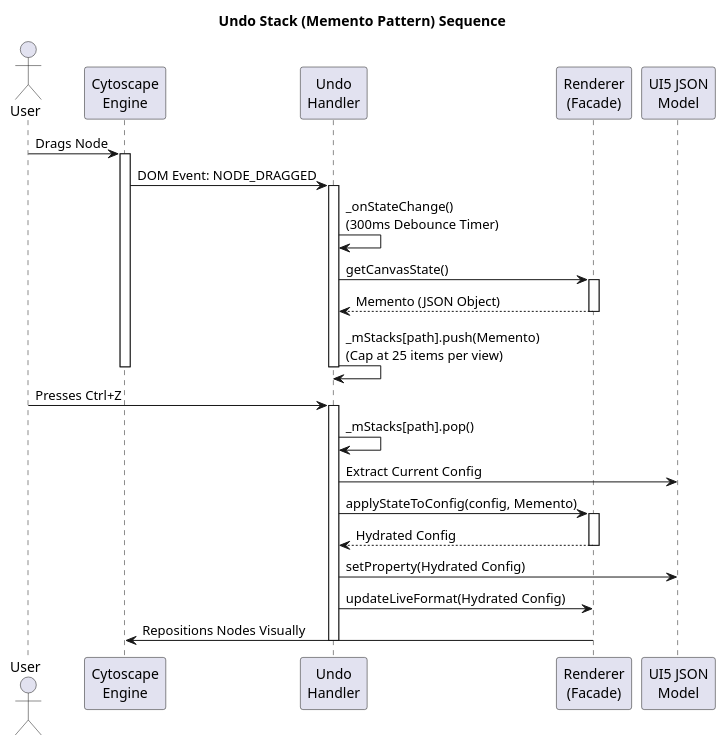
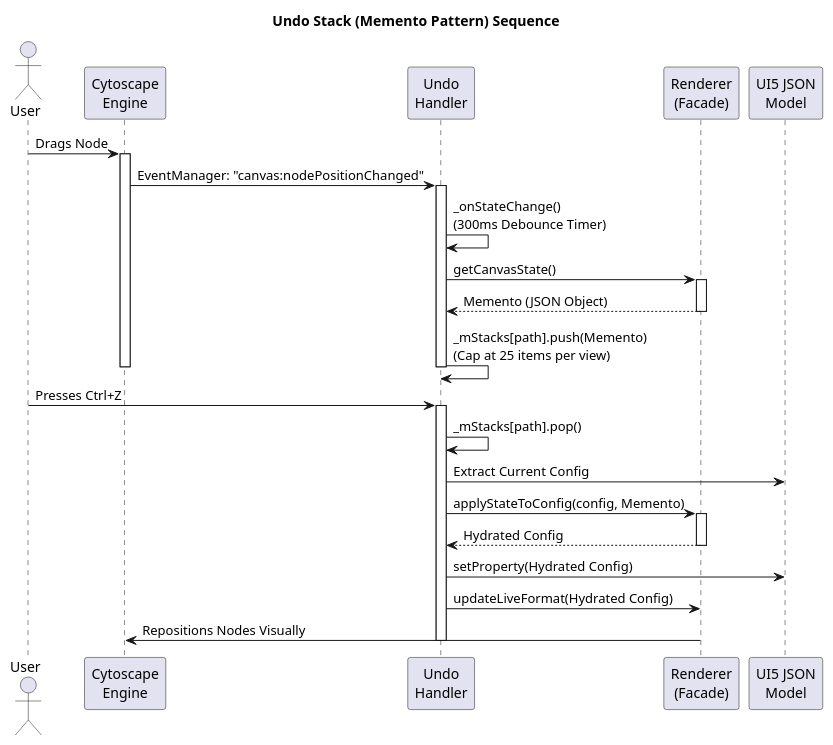
Before and after one commit to SiliconStreetDev1/abap-vdm-cds-diagram-ui: the diagram in design/undo_memento_sequence.puml, drawn with PlantUML. The commit also changed 4 other files, not shown here.

```diff
--- a/design/undo_memento_sequence.puml
+++ b/design/undo_memento_sequence.puml
@@ -1,39 +1,39 @@
 @startuml
 title Undo Stack (Memento Pattern) Sequence
 
 skinparam handwritten false
 skinparam responseMessageBelowArrow true
 
 actor User
 participant "Cytoscape\nEngine" as Cy
 participant "Undo\nHandler" as Undo
 participant "Renderer\n(Facade)" as Renderer
 participant "UI5 JSON\nModel" as Model
 
 User -> Cy : Drags Node
 activate Cy
-Cy -> Undo : DOM Event: NODE_DRAGGED
+Cy -> Undo : EventManager: "canvas:nodePositionChanged"
 activate Undo
 Undo -> Undo : _onStateChange()\n(300ms Debounce Timer)
 Undo -> Renderer : getCanvasState()
 activate Renderer
 Renderer --> Undo : Memento (JSON Object)
 deactivate Renderer
 Undo -> Undo : _mStacks[path].push(Memento)\n(Cap at 25 items per view)
 deactivate Undo
 deactivate Cy
 
 User -> Undo : Presses Ctrl+Z
 activate Undo
 Undo -> Undo : _mStacks[path].pop()
 Undo -> Model : Extract Current Config
 Undo -> Renderer : applyStateToConfig(config, Memento)
 activate Renderer
 Renderer --> Undo : Hydrated Config
 deactivate Renderer
 Undo -> Model : setProperty(Hydrated Config)
 Undo -> Renderer : updateLiveFormat(Hydrated Config)
 Renderer -> Cy : Repositions Nodes Visually
 deactivate Undo
 
 @enduml
```
